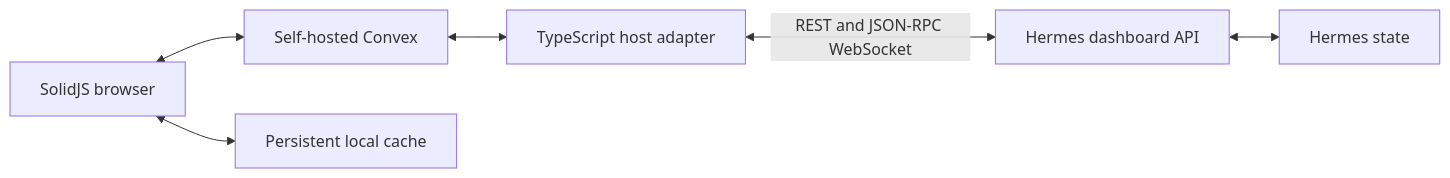
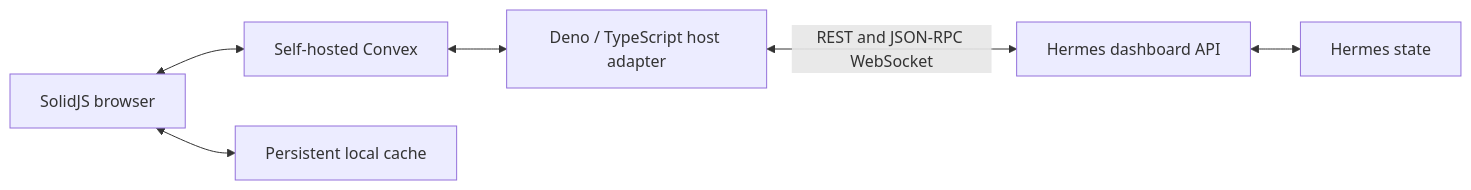
One commit to u-k-g/arura changed the diagram in docs/hermes-integration.md. Above: the diagram before and after it, drawn with Mermaid. The commit also changed other lines of this file and 97 other files, not shown here.

````diff
--- a/docs/hermes-integration.md
+++ b/docs/hermes-integration.md
@@ -85,8 +85,8 @@
 ```mermaid
 flowchart LR
   W[SolidJS browser] <--> C[Self-hosted Convex]
   W <--> L[Persistent local cache]
-  C <--> A[TypeScript host adapter]
+  C <--> A[Deno / TypeScript host adapter]
   A <-->|REST and JSON-RPC WebSocket| H[Hermes dashboard API]
   H <--> S[Hermes state]
 ```
````
